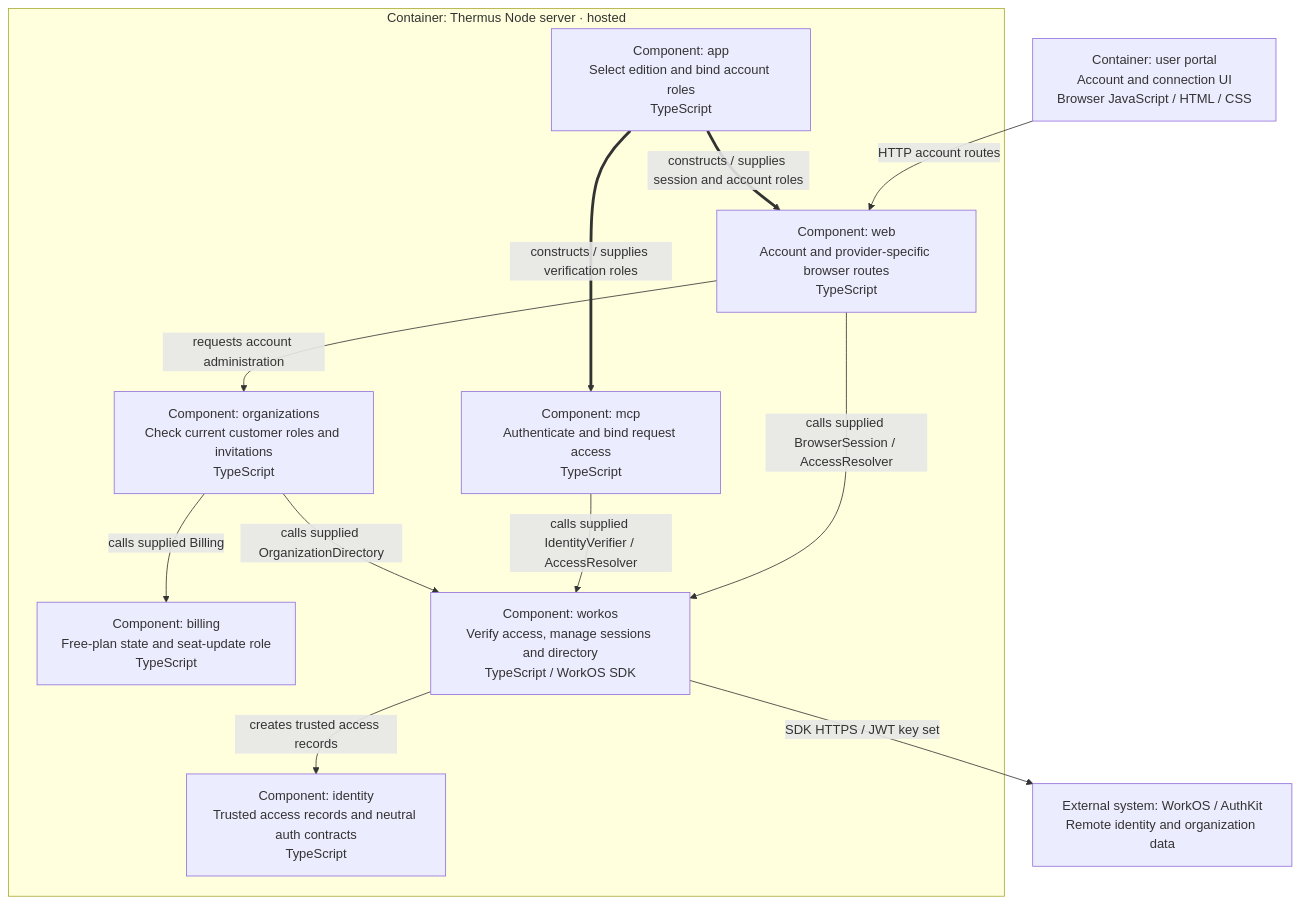
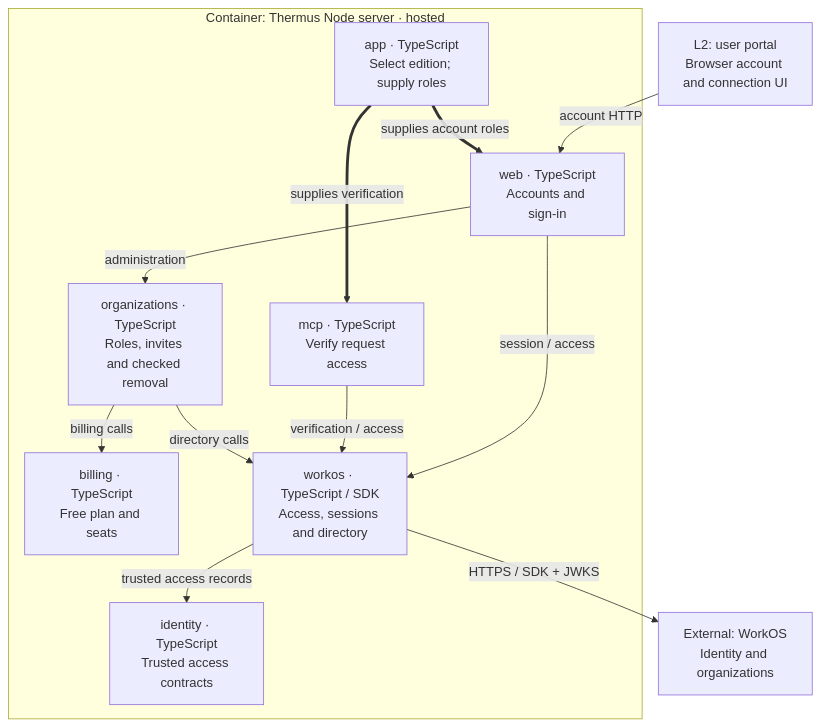
One commit to tomer-mayara/Thermus changed the fifth of 15 diagrams in architecture/components.md. Above: the diagram before and after it, drawn with Mermaid. The commit also changed other lines of this file and 40 other files, not shown here.

Commit message:
Coordinate membership removal with durable per-org admission

````diff
--- a/architecture/components.md
+++ b/architecture/components.md
@@ -189,25 +198,25 @@
 ```mermaid
-%%{init: {"flowchart": {"wrappingWidth": 260}}}%%
+%%{init: {"flowchart": {"wrappingWidth": 130, "nodeSpacing": 20, "rankSpacing": 35}}}%%
 flowchart TB
-  hosted_portal["Container: user portal<br/>Account and connection UI<br/>Browser JavaScript / HTML / CSS"]
+  hosted_portal["L2: user portal<br/>Browser account and connection UI"]
   subgraph account_server["Container: Thermus Node server · hosted"]
-    account_root["Component: app<br/>Select edition and bind account roles<br/>TypeScript"]
-    account_web["Component: web<br/>Account and provider-specific browser routes<br/>TypeScript"]
-    account_mcp["Component: mcp<br/>Authenticate and bind request access<br/>TypeScript"]
-    account_identity["Component: identity<br/>Trusted access records and neutral auth contracts<br/>TypeScript"]
-    account_org["Component: organizations<br/>Check current customer roles and invitations<br/>TypeScript"]
-    account_billing["Component: billing<br/>Free-plan state and seat-update role<br/>TypeScript"]
-    account_workos["Component: workos<br/>Verify access, manage sessions and directory<br/>TypeScript / WorkOS SDK"]
+    account_root["app · TypeScript<br/>Select edition; supply roles"]
+    account_web["web · TypeScript<br/>Accounts and sign-in"]
+    account_mcp["mcp · TypeScript<br/>Verify request access"]
+    account_identity["identity · TypeScript<br/>Trusted access contracts"]
+    account_org["organizations · TypeScript<br/>Roles, invites and checked removal"]
+    account_billing["billing · TypeScript<br/>Free plan and seats"]
+    account_workos["workos · TypeScript / SDK<br/>Access, sessions and directory"]
   end
-  hosted_workos["External system: WorkOS / AuthKit<br/>Remote identity and organization data"]
-  hosted_portal -->|HTTP account routes| account_web
-  account_root ==>|constructs / supplies session and account roles| account_web
-  account_root ==>|constructs / supplies verification roles| account_mcp
-  account_web -->|calls supplied BrowserSession / AccessResolver| account_workos
-  account_mcp -->|calls supplied IdentityVerifier / AccessResolver| account_workos
-  account_web -->|requests account administration| account_org
-  account_org -->|calls supplied OrganizationDirectory| account_workos
-  account_org -->|calls supplied Billing| account_billing
-  account_workos -->|creates trusted access records| account_identity
-  account_workos -->|SDK HTTPS / JWT key set| hosted_workos
+  hosted_workos["External: WorkOS<br/>Identity and organizations"]
+  hosted_portal -->|account HTTP| account_web
+  account_root ==>|supplies account roles| account_web
+  account_root ==>|supplies verification| account_mcp
+  account_web -->|session / access| account_workos
+  account_mcp -->|verification / access| account_workos
+  account_web -->|administration| account_org
+  account_org -->|directory calls| account_workos
+  account_org -->|billing calls| account_billing
+  account_workos -->|trusted access records| account_identity
+  account_workos -->|HTTPS / SDK + JWKS| hosted_workos
 ```
````
